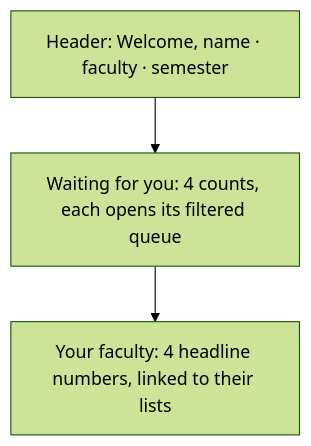
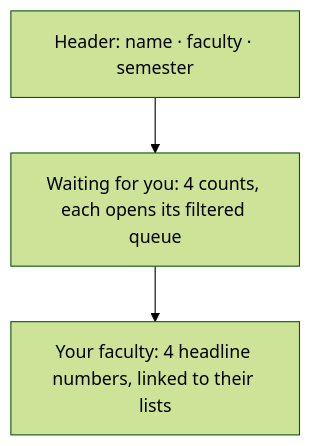
One commit to RITH-1437/educore changed the third of 3 diagrams in docs/34_Faculty-Admin-Dashboard-Report.md. Above: the diagram before and after it, drawn with Mermaid (forest theme). The commit also changed 7 other files, not shown here.

````diff
--- a/docs/34_Faculty-Admin-Dashboard-Report.md
+++ b/docs/34_Faculty-Admin-Dashboard-Report.md
@@ -105,5 +105,5 @@
 ```mermaid
 flowchart TB
-    H["Header: Welcome, name · faculty · semester"] --> W["Waiting for you: 4 counts, each opens its filtered queue"]
+    H["Header: name · faculty · semester"] --> W["Waiting for you: 4 counts, each opens its filtered queue"]
     W --> F["Your faculty: 4 headline numbers, linked to their lists"]
 ```
````
